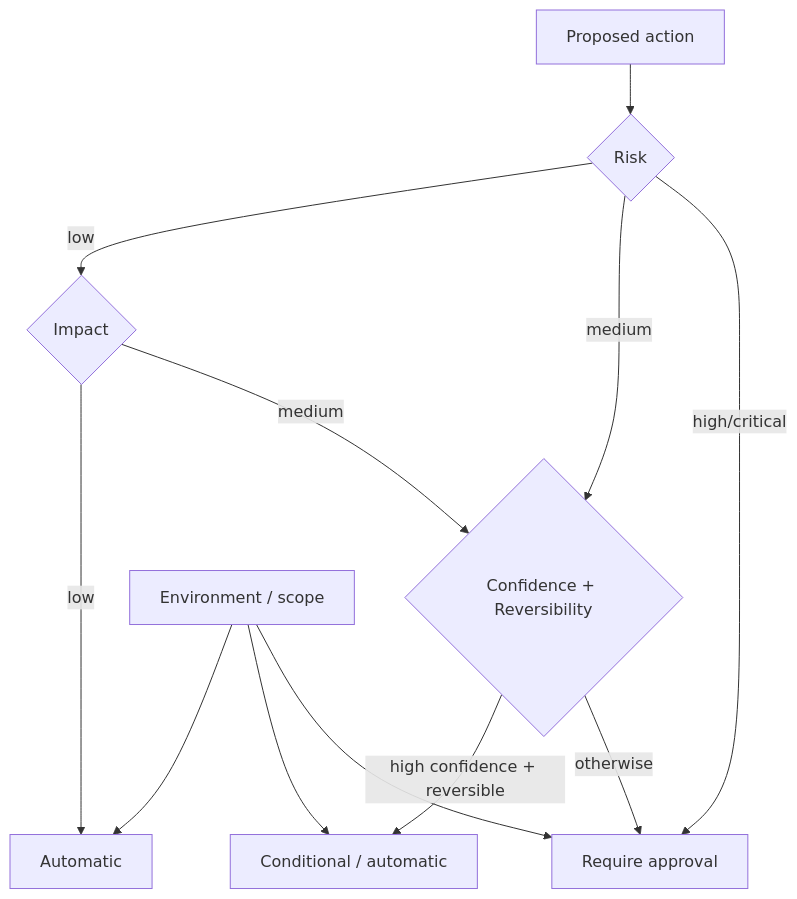
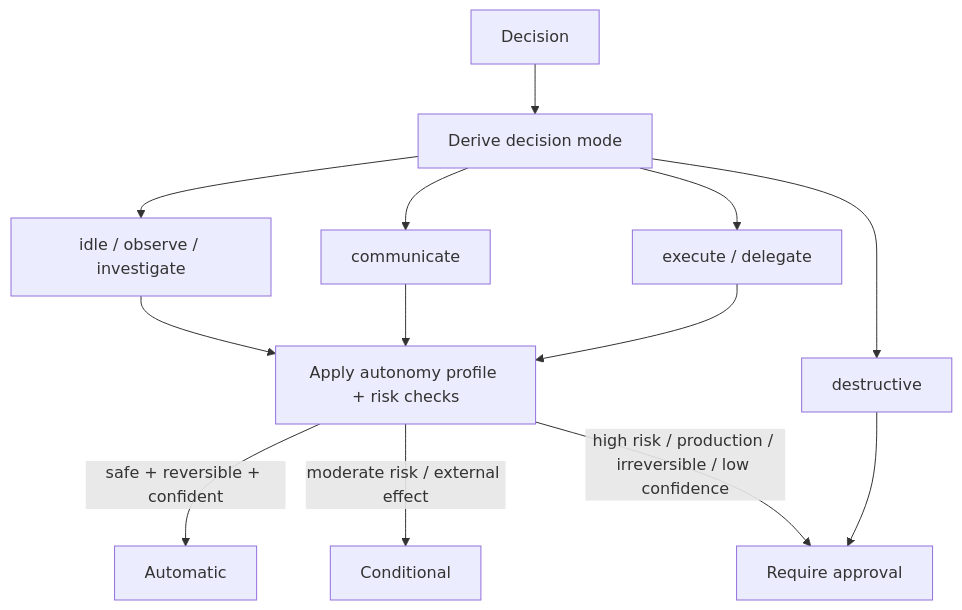
The fourth of 8 diagrams in ARCHITECTURE.md (vaheed/KiN), drawn with Mermaid before and after one commit. The commit also changed other lines of this file, not shown here.

Commit message:
docs: update KiN autonomy and OpenRouter architecture

````diff
--- a/ARCHITECTURE.md
+++ b/ARCHITECTURE.md
@@ -76,14 +76,15 @@
 ```mermaid
 flowchart TD
-    X[Proposed action] --> R{Risk}
-    R -->|low| I{Impact}
-    R -->|medium| C{Confidence + Reversibility}
-    R -->|high/critical| AP[Require approval]
-    I -->|low| AUTO[Automatic]
-    I -->|medium| C
-    C -->|high confidence + reversible| COND[Conditional / automatic]
-    C -->|otherwise| AP
-    ENV[Environment / scope] --> AUTO
-    ENV --> COND
-    ENV --> AP
+    X[Decision] --> MODE[Derive decision mode]
+    MODE --> O[idle / observe / investigate]
+    MODE --> C[communicate]
+    MODE --> E[execute / delegate]
+    MODE --> D[destructive]
+    O --> P[Apply autonomy profile + risk checks]
+    C --> P
+    E --> P
+    D --> AP[Require approval]
+    P -->|safe + reversible + confident| AUTO[Automatic]
+    P -->|moderate risk / external effect| COND[Conditional]
+    P -->|high risk / production / irreversible / low confidence| AP
 ```
````
